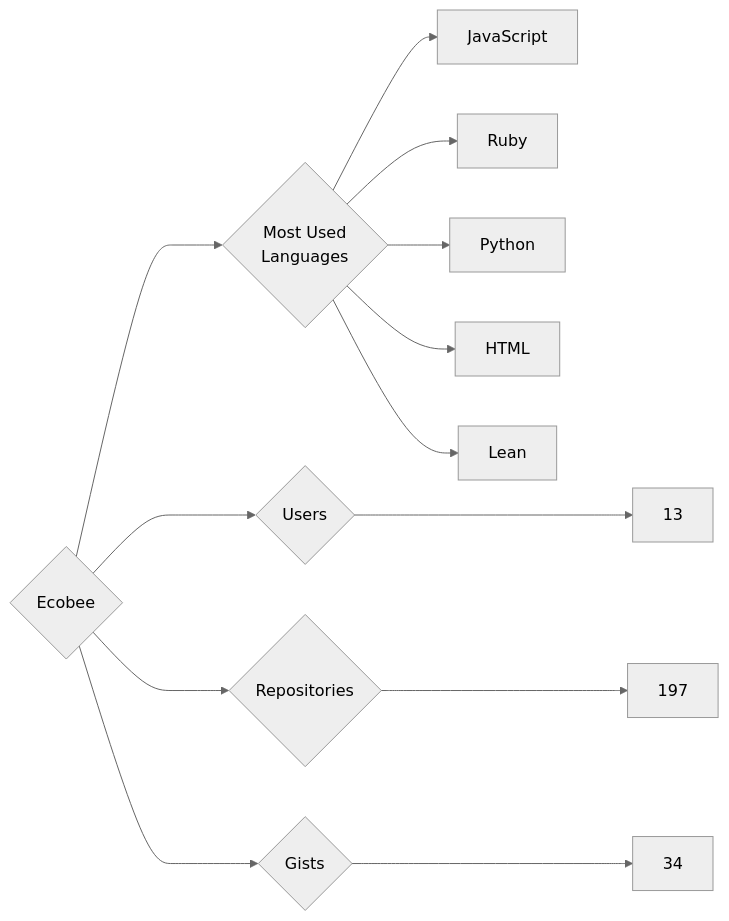
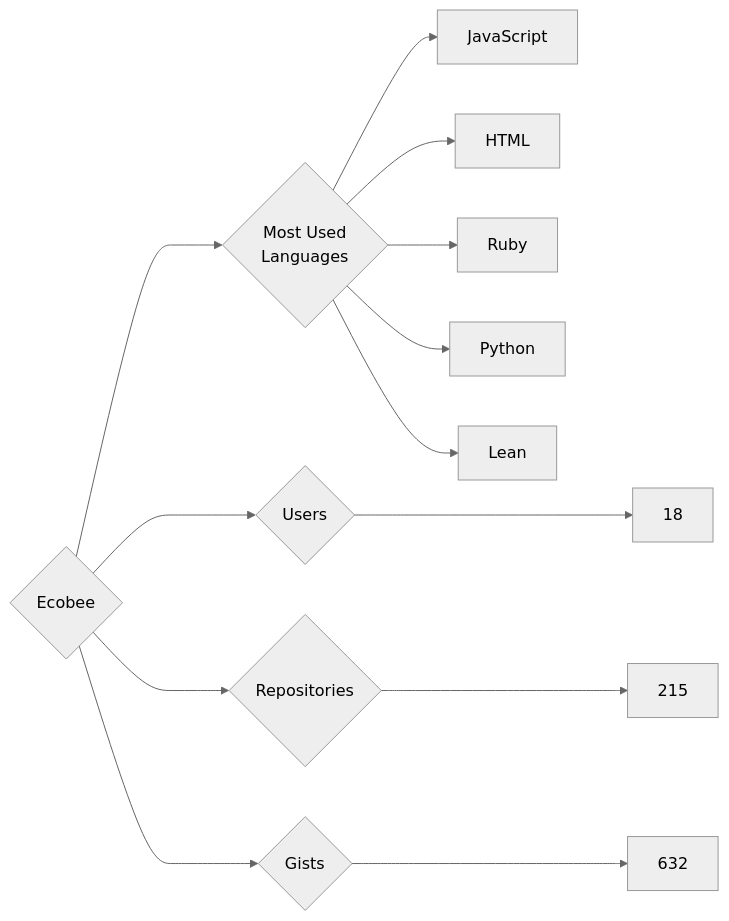
The diagram in targets/Ecobee/README.md (trickest/insiders), drawn with Mermaid (neutral theme) before and after one commit. The commit also changed 699 other files, not shown here.

````diff
--- a/targets/Ecobee/README.md
+++ b/targets/Ecobee/README.md
@@ -3,13 +3,13 @@
 ```mermaid
 graph LR
 COMPANY_NAME{Ecobee}
-COMPANY_NAME ---> U{Users} ---> UN[13]
-COMPANY_NAME ---> R{Repositories} ---> RN[197]
-COMPANY_NAME ---> G{Gists} ---> GN[34]
+COMPANY_NAME ---> U{Users} ---> UN[18]
+COMPANY_NAME ---> R{Repositories} ---> RN[215]
+COMPANY_NAME ---> G{Gists} ---> GN[632]
 COMPANY_NAME ---> ML{Most Used<br>Languages}
 ML --> JavaScript[JavaScript]
+ML --> HTML[HTML]
 ML --> Ruby[Ruby]
 ML --> Python[Python]
-ML --> HTML[HTML]
 ML --> Lean[Lean]
 ```
````
